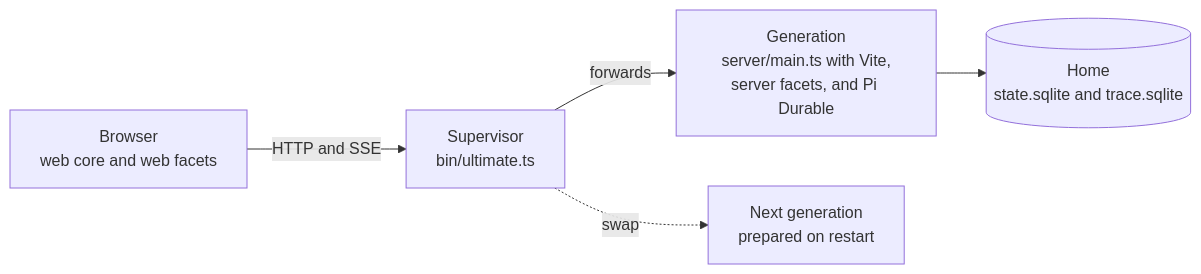
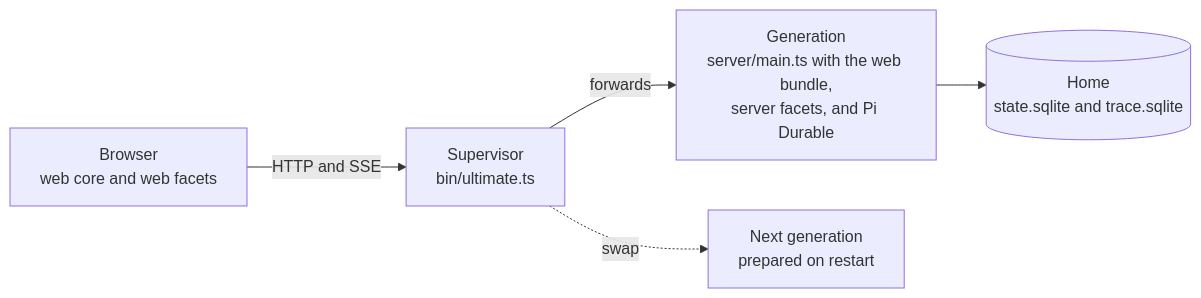
Before and after one commit to pascalandy/uao: the diagram in docs/north-star/architecture.md, drawn with Mermaid. The commit also changed other lines of this file and 27 other files, not shown here.

````diff
--- a/docs/north-star/architecture.md
+++ b/docs/north-star/architecture.md
@@ -7,16 +7,16 @@
 ```mermaid
 flowchart LR
   accTitle: Processes of Ultimate
   accDescr: The browser talks to the supervisor, which forwards to one generation. The generation owns the storage of the home. A restart prepares the next generation next to the current one.
 
   browser["Browser<br/>web core and web facets"]
   sup["Supervisor<br/>bin/ultimate.ts"]
-  gen["Generation<br/>server/main.ts with Vite,<br/>server facets, and Pi Durable"]
+  gen["Generation<br/>server/main.ts with the web bundle,<br/>server facets, and Pi Durable"]
   next["Next generation<br/>prepared on restart"]
   home[("Home<br/>state.sqlite and trace.sqlite")]
 
   browser -- "HTTP and SSE" --> sup
   sup -- "forwards" --> gen
   gen --> home
   sup -. "swap" .-> next
 ```
````
